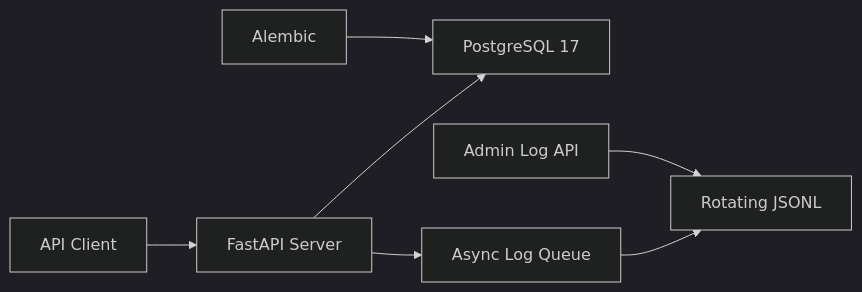
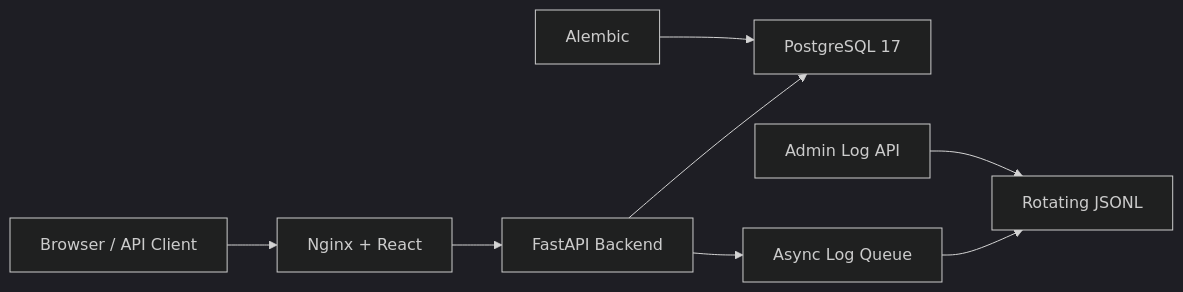
The diagram in README_ZH.md (Li2Wh1te/quant-foundry), drawn with Mermaid (dark theme) before and after one commit. The commit also changed other lines of this file and 58 other files, not shown here.

````diff
--- a/README_ZH.md
+++ b/README_ZH.md
@@ -52,9 +54,10 @@
 ```mermaid
 flowchart LR
-    Client["API Client"] --> Server["FastAPI Server"]
+    Browser["Browser / API Client"] --> Frontend["Nginx + React"]
+    Frontend --> Server["FastAPI Backend"]
     Server --> Database["PostgreSQL 17"]
     Migration["Alembic"] --> Database
     Server --> Queue["Async Log Queue"]
     Queue --> Files["Rotating JSONL"]
     Admin["Admin Log API"] --> Files
 ```
````
